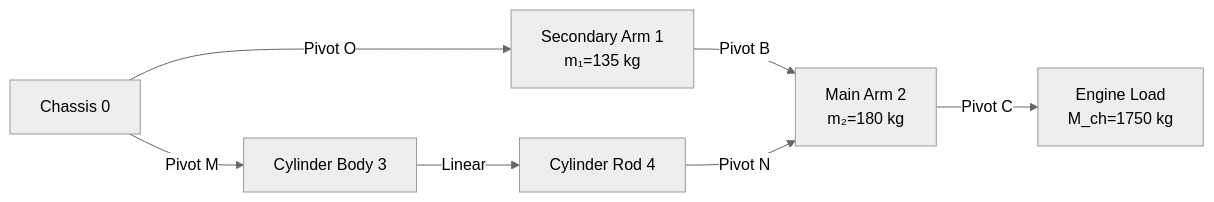
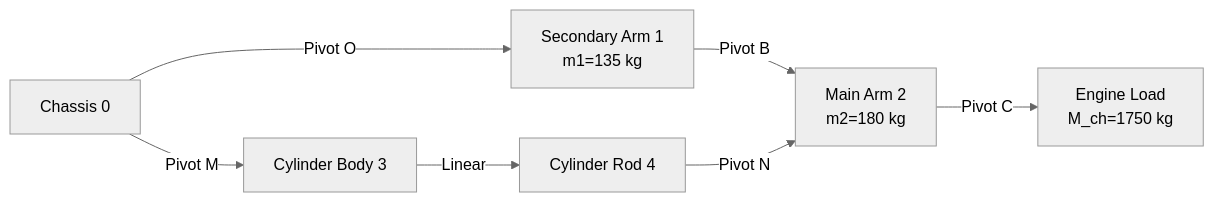
The second of 4 diagrams in jacxson-u70/README.md (julietteC06/industrial-systems-analysis), drawn with Mermaid (neutral theme) before and after one commit. The commit also changed 3 other files, not shown here.

First line of the commit message:
Fix Mermaid diagrams: replace Unicode subscripts/Greek with ASCII

````diff
--- a/jacxson-u70/README.md
+++ b/jacxson-u70/README.md
@@ -54,10 +54,10 @@
 ```mermaid
 flowchart LR
-    Chassis[Chassis 0] -->|Pivot O| Arm1[Secondary Arm 1<br>m₁=135 kg]
-    Arm1 -->|Pivot B| Arm2[Main Arm 2<br>m₂=180 kg]
+    Chassis[Chassis 0] -->|Pivot O| Arm1[Secondary Arm 1<br>m1=135 kg]
+    Arm1 -->|Pivot B| Arm2[Main Arm 2<br>m2=180 kg]
     Arm2 -->|Pivot C| Load[Engine Load<br>M_ch=1750 kg]
 
     Chassis -->|Pivot M| CylBody[Cylinder Body 3]
     CylBody -->|Linear| CylRod[Cylinder Rod 4]
     CylRod -->|Pivot N| Arm2
 ```
````
